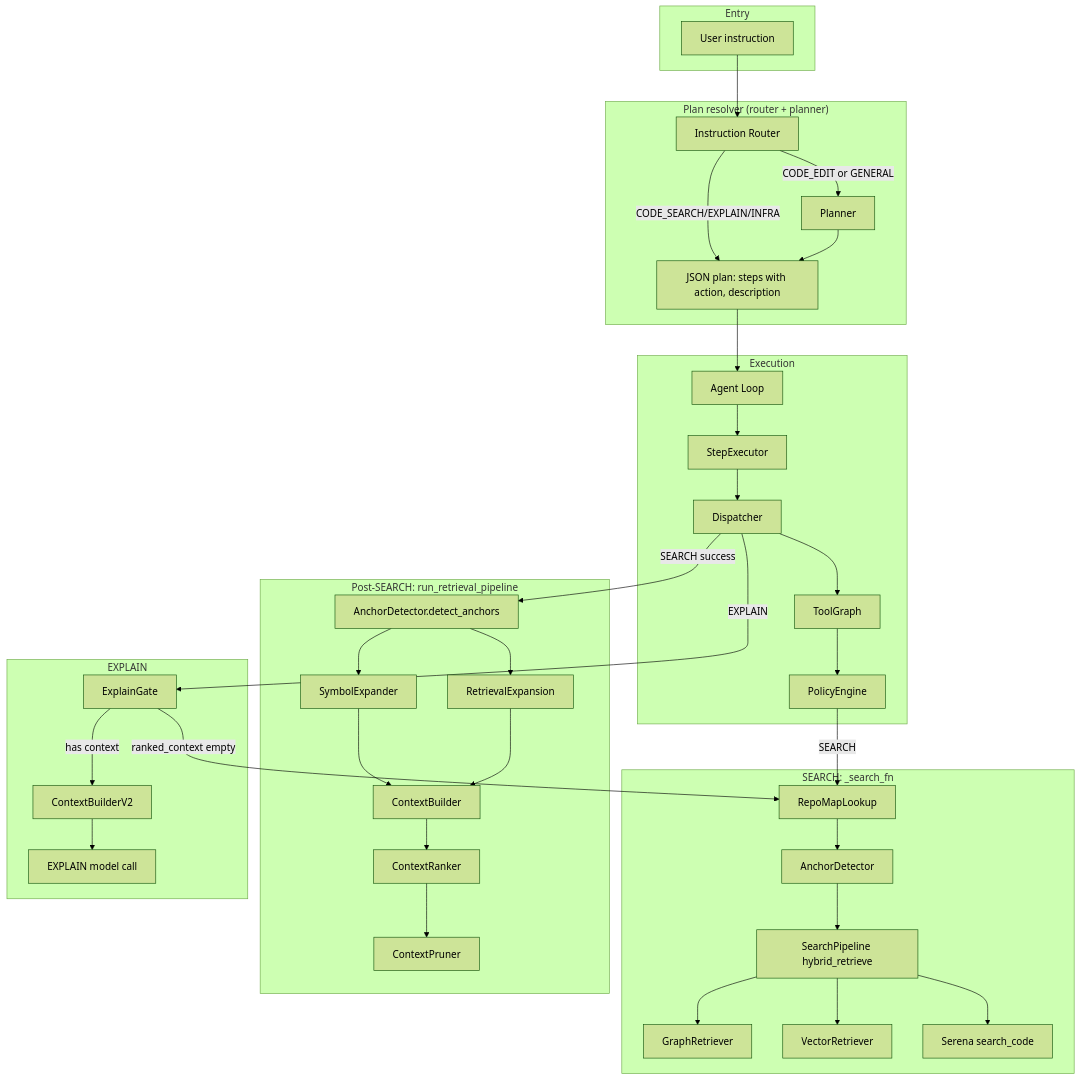
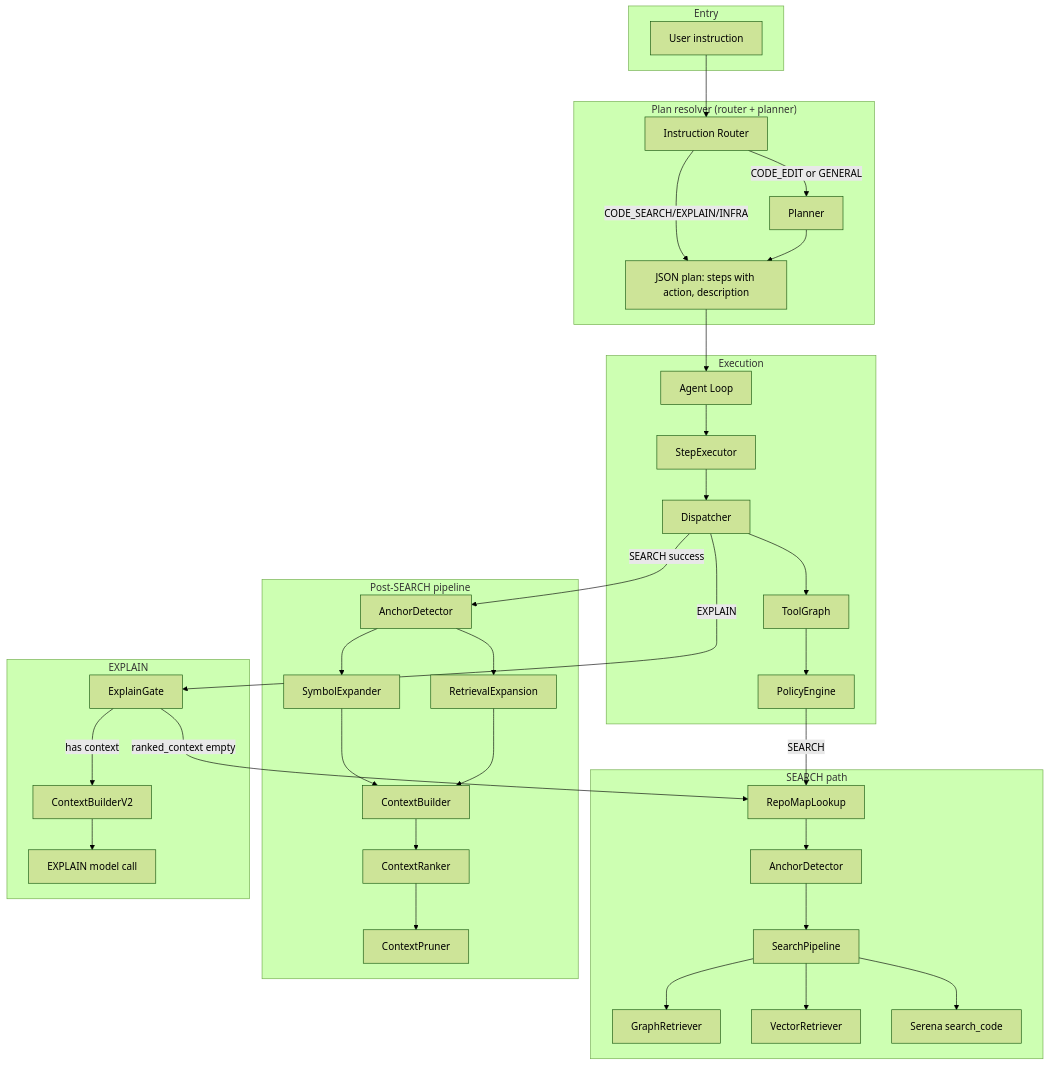
The diagram in README.md (Pugsy-Explores/AutoStudio), drawn with Mermaid (forest theme) before and after one commit. The commit also changed 1 other file, not shown here.

Commit message:
docs: fix Mermaid diagram syntax for proper rendering
- Remove semicolons, brackets, unicode arrows from node labels
- Add decision node for SEARCH query loop flow
- Simplify subgraph and node labels (underscores, special chars)
- Shorten long labels that could break parsing

Made-with: Cursor

````diff
--- a/README.md
+++ b/README.md
@@ -30,71 +30,71 @@
 ```mermaid
 flowchart TB
     subgraph Entry
         User[User instruction]
     end
 
     subgraph PlanResolver["Plan resolver (router + planner)"]
         InstructionRouter[Instruction Router]
         Planner[Planner]
         Plan[JSON plan: steps with action, description]
     end
 
     subgraph Execution
         Loop[Agent Loop]
         Exec[StepExecutor]
         Dispatch[Dispatcher]
         ToolGraph[ToolGraph]
         Policy[PolicyEngine]
     end
 
-    subgraph SearchPath["SEARCH: _search_fn"]
+    subgraph SearchPath["SEARCH path"]
         RepoMapLookup[RepoMapLookup]
         AnchorDetector1[AnchorDetector]
-        SearchPipeline[SearchPipeline hybrid_retrieve]
+        SearchPipeline[SearchPipeline]
         GraphRetriever[GraphRetriever]
         VectorRetriever[VectorRetriever]
         SerenaGrep[Serena search_code]
     end
 
-    subgraph PostSearch["Post-SEARCH: run_retrieval_pipeline"]
-        AnchorDetector2[AnchorDetector.detect_anchors]
+    subgraph PostSearch["Post-SEARCH pipeline"]
+        AnchorDetector2[AnchorDetector]
         SymbolExpander[SymbolExpander]
         Expand[RetrievalExpansion]
         ContextBuilder[ContextBuilder]
         Ranker[ContextRanker]
         Pruner[ContextPruner]
     end
 
     subgraph ExplainPath["EXPLAIN"]
         ExplainGate[ExplainGate]
         ContextBuilderV2[ContextBuilderV2]
         Explain[EXPLAIN model call]
     end
 
     User --> InstructionRouter
     InstructionRouter -->|CODE_EDIT or GENERAL| Planner
     InstructionRouter -->|CODE_SEARCH/EXPLAIN/INFRA| Plan
     Planner --> Plan
     Plan --> Loop
     Loop --> Exec
     Exec --> Dispatch
     Dispatch --> ToolGraph
     ToolGraph --> Policy
     Policy -->|SEARCH| RepoMapLookup
     RepoMapLookup --> AnchorDetector1
     AnchorDetector1 --> SearchPipeline
     SearchPipeline --> GraphRetriever
     SearchPipeline --> VectorRetriever
     SearchPipeline --> SerenaGrep
     Dispatch -->|SEARCH success| AnchorDetector2
     AnchorDetector2 --> SymbolExpander
     AnchorDetector2 --> Expand
     SymbolExpander --> ContextBuilder
     Expand --> ContextBuilder
     ContextBuilder --> Ranker
     Ranker --> Pruner
     Dispatch -->|EXPLAIN| ExplainGate
     ExplainGate -->|ranked_context empty| RepoMapLookup
     ExplainGate -->|has context| ContextBuilderV2
     ContextBuilderV2 --> Explain
 ```
````
